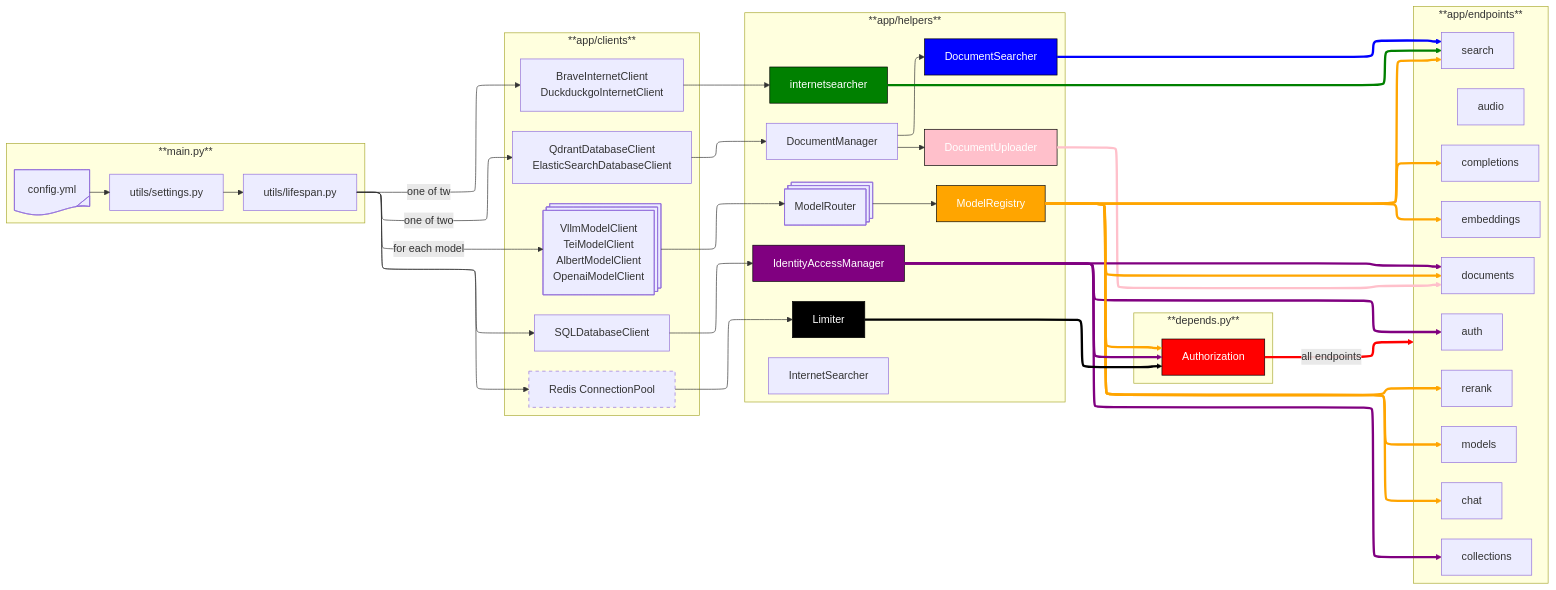
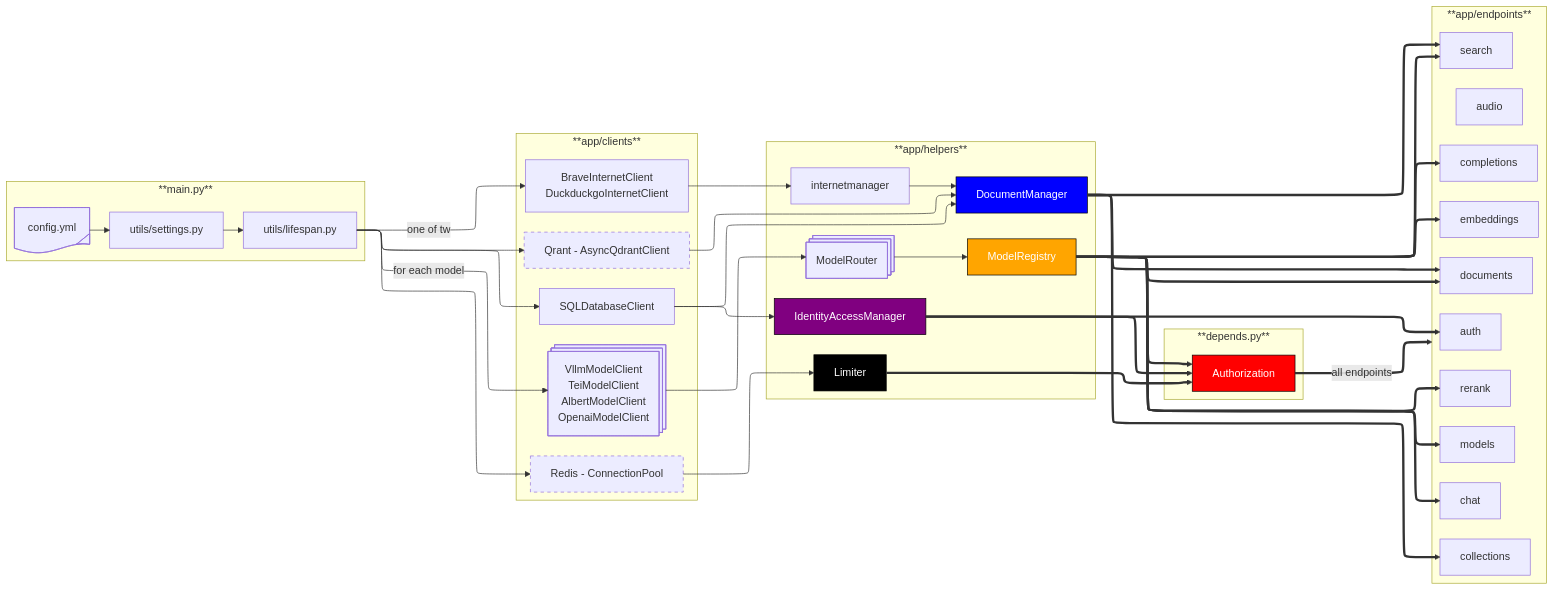
One commit to etalab-ia/albert-api changed the diagram in docs/architecture.md. Above: the diagram before and after it, drawn with Mermaid. The commit also changed 23 other files, not shown here.

````diff
--- a/docs/architecture.md
+++ b/docs/architecture.md
@@ -20,45 +20,40 @@
     end
 
     subgraph **app/clients**
-    redisclient[Redis ConnectionPool]
+    redisclient[Redis - ConnectionPool]
     sqlclient[SQLDatabaseClient]
-    searchclient[QdrantDatabaseClient<br>ElasticSearchDatabaseClient]
+    qdrantclient[Qrant - AsyncQdrantClient]
     internetclient[BraveInternetClient<br>DuckduckgoInternetClient]
     modelclient@{ shape: processes, label: "VllmModelClient<br>TeiModelClient<br>AlbertModelClient<br>OpenaiModelClient" }
     
     lifespan --> redisclient
     lifespan --> sqlclient
-    lifespan -- one of two --> searchclient
+    lifespan --> qdrantclient
     lifespan -- one of two--> internetclient
     lifespan -- for each model --> modelclient
 
     style redisclient stroke-dasharray: 5 5
+    style qdrantclient stroke-dasharray: 5 5
     end
     
     subgraph **app/helpers**
-    iternetsearcher[InternetSearcher]
-    documentsearcher[DocumentSearcher]
     modelrouter@{ shape: processes, label: "ModelRouter" }
     modelregistry[ModelRegistry]
     identityaccessmanager[IdentityAccessManager]
     documentmanager[DocumentManager]
-    documentuploader[DocumentUploader]
     limiter[Limiter]
 
-    internetclient --> internetsearcher
     modelclient --> modelrouter
     modelrouter --> modelregistry
     sqlclient --> identityaccessmanager
  
-    searchclient --> documentmanager
-   
-    documentmanager --> documentsearcher
-    documentmanager --> documentuploader
+    internetclient --> internetmanager
+    internetmanager --> documentmanager
+    sqlclient --> documentmanager
+    qdrantclient --> documentmanager
     redisclient --> limiter
 
-    style internetsearcher fill:green,stroke:#000,stroke-width:1px,color:#fff
-    style documentsearcher fill:blue,stroke:#000,stroke-width:1px,color:#fff
-    style documentuploader fill:pink,stroke:#000,stroke-width:1px,color:#fff
+    style documentmanager fill:blue,stroke:#000,stroke-width:1px,color:#fff
     style modelregistry fill:orange,stroke:#000,stroke-width:1px,color:#fff
     style identityaccessmanager fill:purple,stroke:#000,stroke-width:1px,color:#fff
     style limiter fill:black,stroke:#000,stroke-width:1px,color:#fff
@@ -76,8 +71,6 @@
     collectionsendpoints[collections]
     authendpoints[auth]
 
-    documentuploader ==> documentsendpoints
-
     modelregistry ==> modelsendpoints
     modelregistry ==> chatendpoints
     modelregistry ==> completionsendpoint
@@ -86,27 +79,13 @@
     modelregistry ==> searchendpoints
     modelregistry ==> documentsendpoints
  
-    internetsearcher ==> searchendpoints
-    documentsearcher ==> searchendpoints
+    identityaccessmanager ==> authendpoints
 
-    identityaccessmanager ==> authendpoints
-    identityaccessmanager ==> collectionsendpoints
-    identityaccessmanager ==> documentsendpoints
+    documentmanager ==> documentsendpoints
+    documentmanager ==> searchendpoints
+    documentmanager ==> collectionsendpoints
 
 
-    linkStyle 15 stroke: pink
-    linkStyle 16 stroke: orange
-    linkStyle 17 stroke: orange
-    linkStyle 18 stroke: orange
-    linkStyle 19 stroke: orange
-    linkStyle 20 stroke: orange
-    linkStyle 21 stroke: orange
-    linkStyle 22 stroke: orange
-    linkStyle 23 stroke: green
-    linkStyle 24 stroke: blue
-    linkStyle 25 stroke: purple
-    linkStyle 26 stroke: purple
-    linkStyle 27 stroke: purple
     end
     
     subgraph **depends.py**
@@ -117,11 +96,7 @@
     modelregistry ===> authorization
 
     style authorization fill:red,stroke:#000,stroke-width:1px,color:#fff
-    linkStyle 28 stroke: black
-    linkStyle 29 stroke: purple
-    linkStyle 30 stroke: orange
     end
 
     authorization ==all endpoints==> **app/endpoints**
-    linkStyle 31 stroke: red
 ```
````
